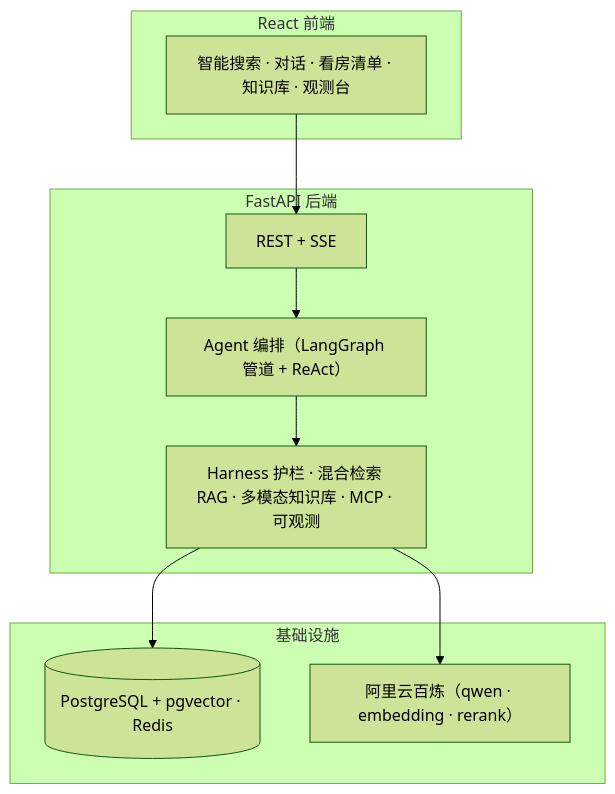
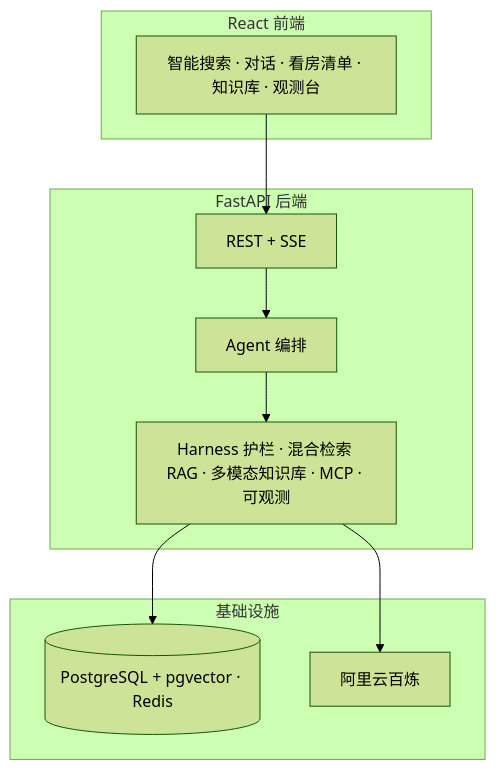
Before and after one commit to zcy-hhh/rentai: the diagram in README.md, drawn with Mermaid (forest theme). The commit also changed other lines of this file, not shown here.

Commit message:
docs: 精简 README（架构图分层化，去除需求背景注记）

````diff
--- a/README.md
+++ b/README.md
@@ -35,20 +35,20 @@
 ```mermaid
 flowchart TB
     subgraph FE["React 前端"]
         UI["智能搜索 · 对话 · 看房清单 · 知识库 · 观测台"]
     end
     subgraph BE["FastAPI 后端"]
         API["REST + SSE"]
-        CORE["Agent 编排（LangGraph 管道 + ReAct）"]
+        CORE["Agent 编排"]
         OPS["Harness 护栏 · 混合检索 RAG · 多模态知识库 · MCP · 可观测"]
     end
     subgraph BASE["基础设施"]
         STORE[("PostgreSQL + pgvector · Redis")]
-        LLM["阿里云百炼（qwen · embedding · rerank）"]
+        LLM["阿里云百炼"]
     end
     UI --> API
     API --> CORE
     CORE --> OPS
     OPS --> STORE
     OPS --> LLM
 ```
````
